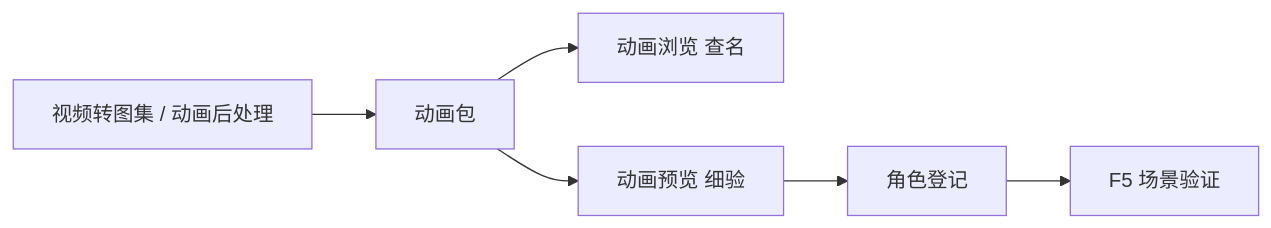
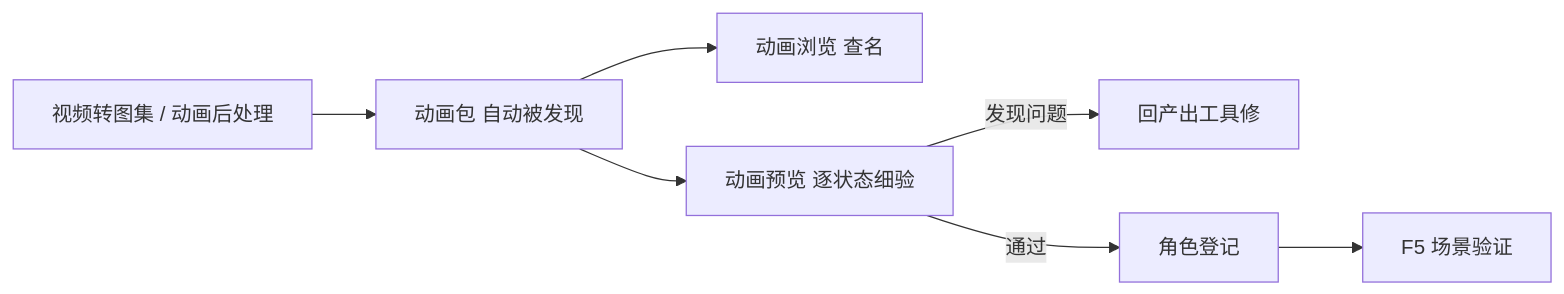
The diagram in docs/editors/asset-domain/anim-preview.md (wubugui/GDoc), drawn with Mermaid before and after one commit. The commit also changed other lines of this file and 112 other files, not shown here.

````diff
--- a/docs/editors/asset-domain/anim-preview.md
+++ b/docs/editors/asset-domain/anim-preview.md
@@ -89,8 +37,9 @@
 ```mermaid
 flowchart LR
-  PROD[视频转图集 / 动画后处理] --> PKG[动画包]
+  PROD[视频转图集 / 动画后处理] --> PKG[动画包 自动被发现]
   PKG --> BR[动画浏览 查名]
-  PKG --> AP[动画预览 细验]
-  AP --> REG[角色登记]
+  PKG --> AP[动画预览 逐状态细验]
+  AP -->|发现问题| FIX[回产出工具修]
+  AP -->|通过| REG[角色登记]
   REG --> F5[F5 场景验证]
 ```
````
